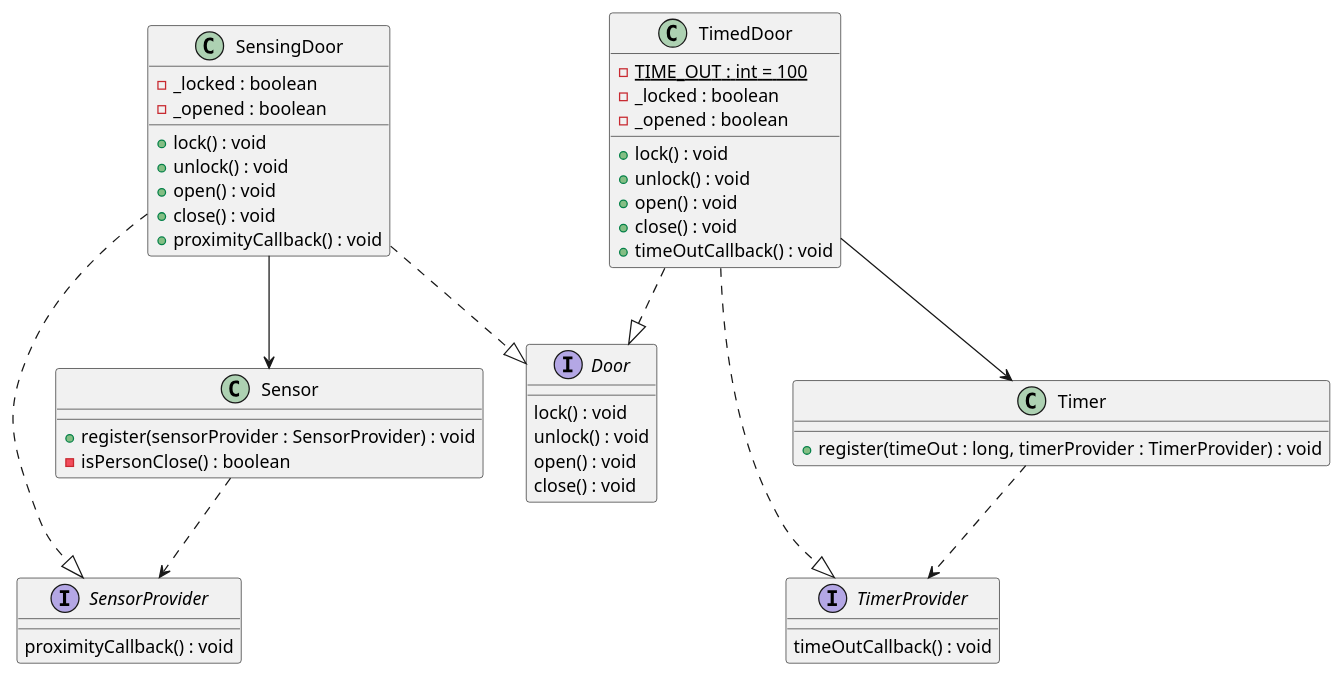
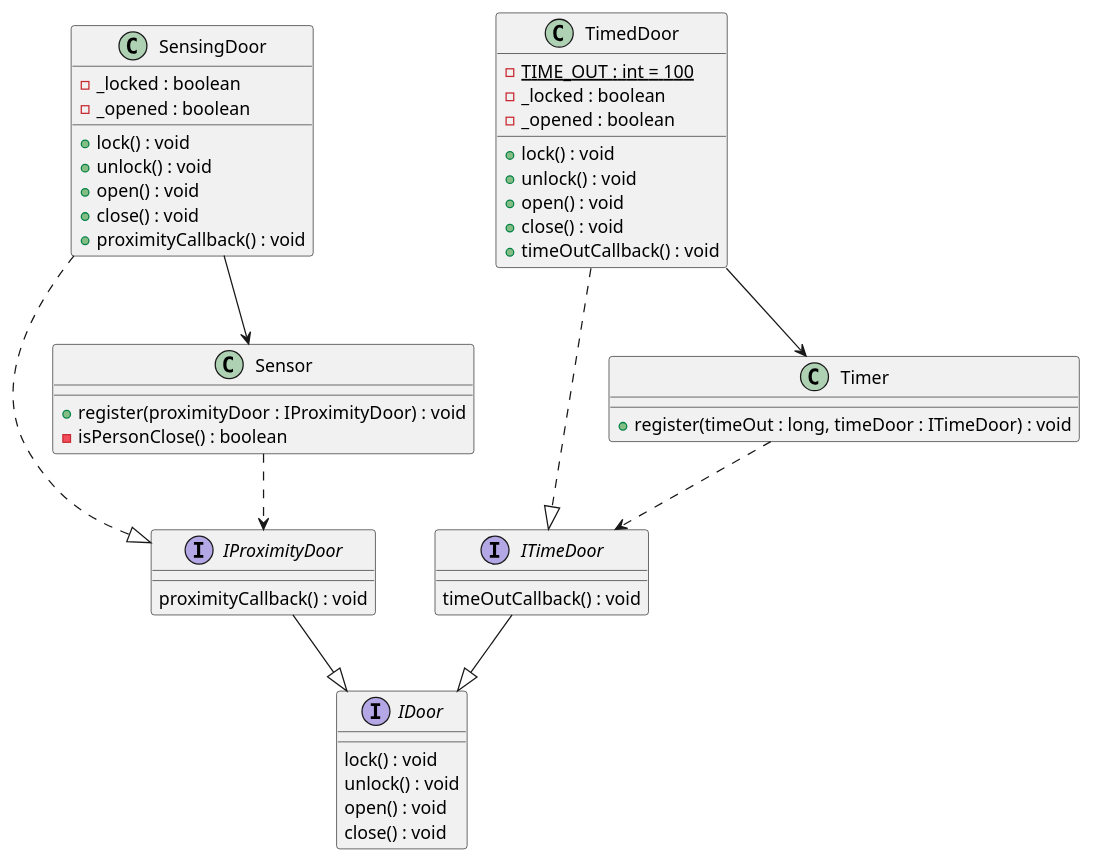
One commit to safa-abidi/Lab1-Software-Architecture changed the diagram in ISP/src/com/directi/training/isp/exercice_refactored/exercice_refactored.puml. Above: the diagram before and after it, drawn with PlantUML. The commit also changed 24 other files, not shown here.

```diff
--- a/ISP/src/com/directi/training/isp/exercice_refactored/exercice_refactored.puml
+++ b/ISP/src/com/directi/training/isp/exercice_refactored/exercice_refactored.puml
@@ -1,68 +1,70 @@
 @startuml
 'https://plantuml.com/class-diagram
 
-interface Door
-interface SensorProvider
-interface TimerProvider
+interface IDoor
+interface IProximityDoor
+interface ITimeDoor
 class Sensor
 class Timer
 class SensingDoor
 class TimedDoor
 
-interface Door{
+interface IDoor{
 lock() : void
 unlock() : void
 open() : void
 close() : void
 }
 
-interface SensorProvider{
+interface IProximityDoor{
 proximityCallback() : void
 }
 
-interface TimerProvider{
+interface ITimeDoor{
 timeOutCallback() : void
 }
 
 class Sensor{
-+ register(sensorProvider : SensorProvider) : void
++ register(proximityDoor : IProximityDoor) : void
 - isPersonClose() : boolean
 }
 
 class Timer{
-+ register(timeOut : long, timerProvider : TimerProvider) : void
++ register(timeOut : long, timeDoor : ITimeDoor) : void
 }
 
 class SensingDoor{
 - _locked : boolean
 - _opened : boolean
 + lock() : void
 + unlock() : void
 + open() : void
 + close() : void
 + proximityCallback() : void
 }
 
 class TimedDoor{
 - {static} TIME_OUT : int = 100
 - _locked : boolean
 - _opened : boolean
 + lock() : void
 + unlock() : void
 + open() : void
 + close() : void
 + timeOutCallback() : void
 }
 
-Sensor ..> SensorProvider
-Timer ..> TimerProvider
 
-SensingDoor ..|> Door
-SensingDoor ..|> SensorProvider
+
+SensingDoor ..|> IProximityDoor
+TimedDoor ..|> ITimeDoor
+
+Sensor ..> IProximityDoor
+Timer ..> ITimeDoor
+
 SensingDoor --> Sensor
-
-TimedDoor ..|> Door
-TimedDoor ..|> TimerProvider
 TimedDoor --> Timer
 
+IProximityDoor --|> IDoor
+ITimeDoor --|> IDoor
 @enduml
```
